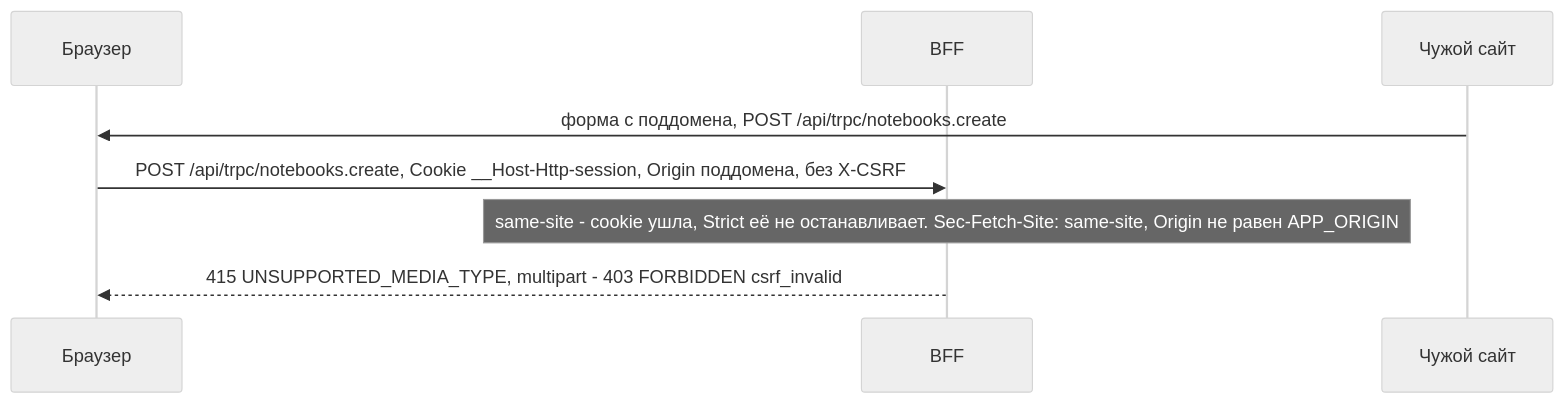
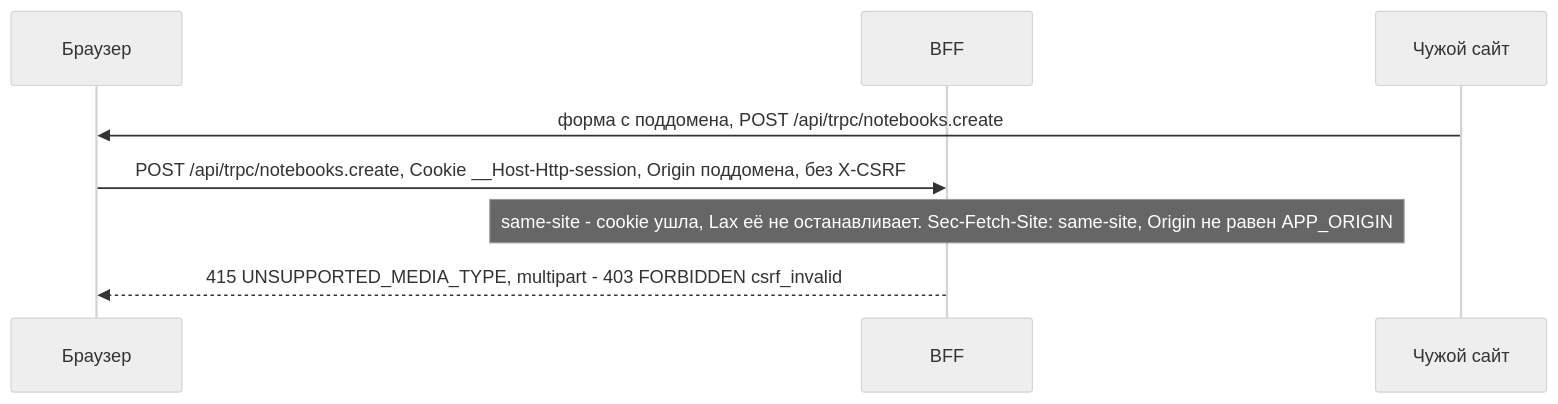
Before and after one commit to Cringe-Driven-Development-Team/docs: the eighth of 10 diagrams in site/modules/2/tracks/bff/auth.md, drawn with Mermaid (neutral theme). The commit also changed other lines of this file and 6 other files, not shown here.

````diff
--- a/site/modules/2/tracks/bff/auth.md
+++ b/site/modules/2/tracks/bff/auth.md
@@ -321,10 +338,10 @@
 ```mermaid
 sequenceDiagram
   participant B as Браузер
   participant P as BFF
   participant E as Чужой сайт
   E->>B: форма с поддомена, POST /api/trpc/notebooks.create
   B->>P: POST /api/trpc/notebooks.create, Cookie __Host-Http-session, Origin поддомена, без X-CSRF
-  Note over P: same-site - cookie ушла, Strict её не останавливает. Sec-Fetch-Site: same-site, Origin не равен APP_ORIGIN
+  Note over P: same-site - cookie ушла, Lax её не останавливает. Sec-Fetch-Site: same-site, Origin не равен APP_ORIGIN
   P-->>B: 415 UNSUPPORTED_MEDIA_TYPE, multipart - 403 FORBIDDEN csrf_invalid
 ```
````
